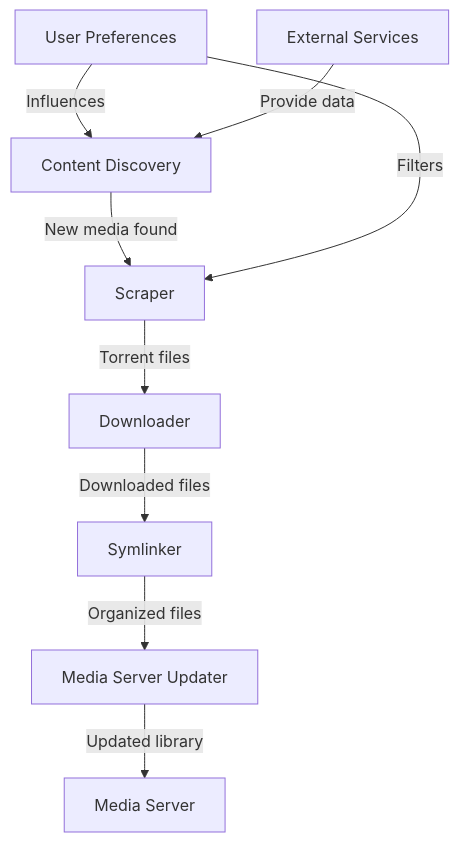
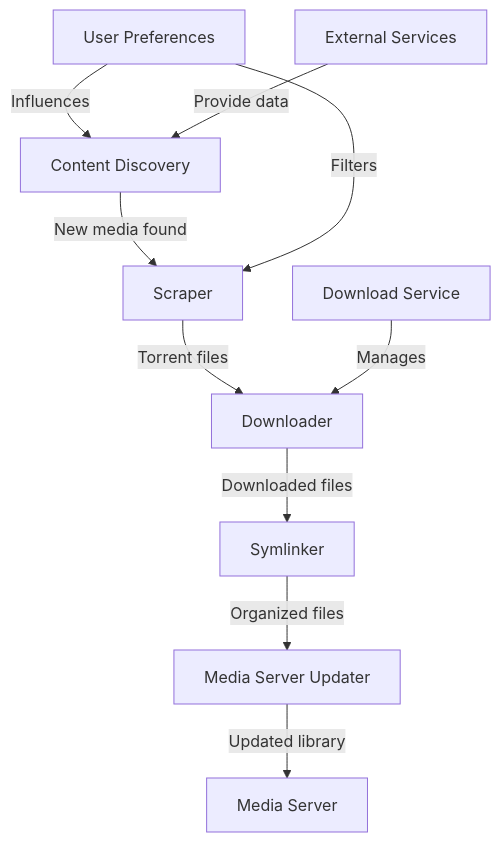
The first of 2 diagrams in docs/riven/index.md (debrid/debrid-wiki), drawn with Mermaid before and after one commit. The commit also changed other lines of this file, not shown here.

Commit message:
Moved the "Table of Contents" section under "What is Riven?" in the docs/riven/index.md file.

````diff
--- a/docs/riven/index.md
+++ b/docs/riven/index.md
@@ -131,11 +131,12 @@
 ```mermaid
 graph TD
     A[Content Discovery] -->|New media found| B[Scraper]
     B -->|Torrent files| C[Downloader]
     C -->|Downloaded files| D[Symlinker]
     D -->|Organized files| E[Media Server Updater]
     E -->|Updated library| F[Media Server]
     G[User Preferences] -->|Influences| A
     G -->|Filters| B
-    I[External Services] -->|Provide data| A
+    H[External Services] -->|Provide data| A
+    I[Download Service] -->|Manages| C
 ```
````
